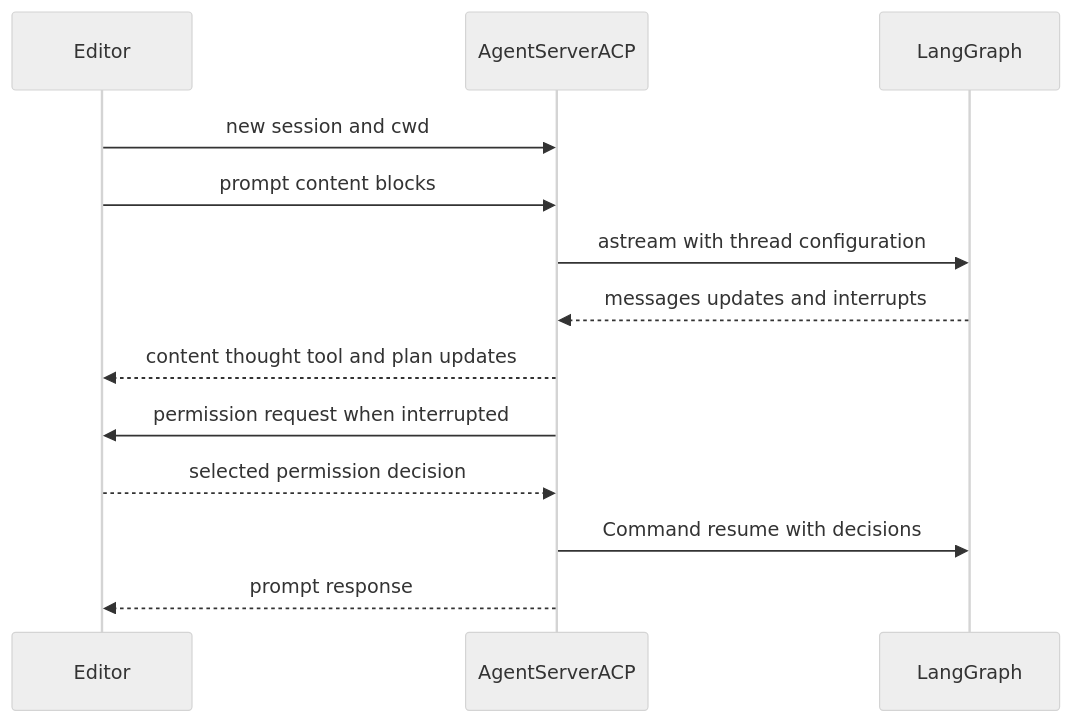
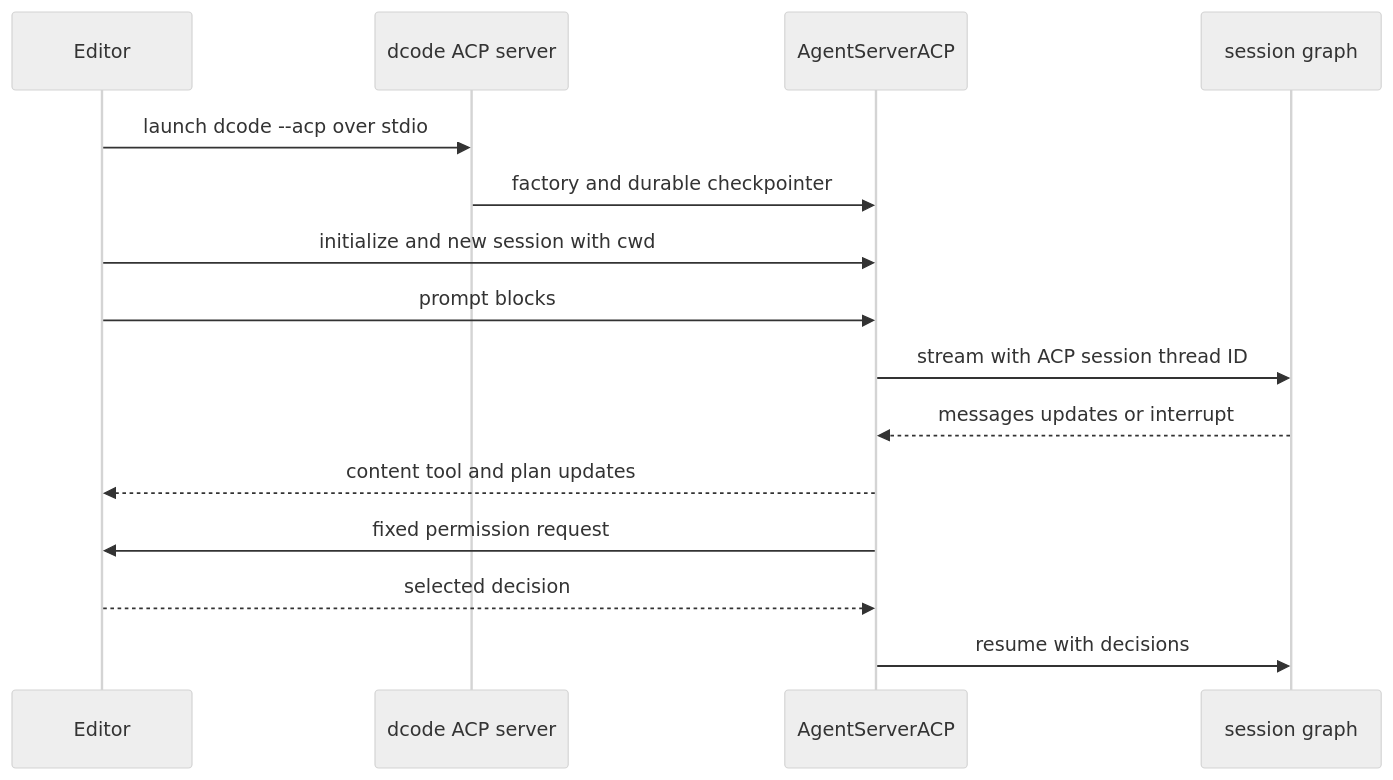
One commit to langchain-ai/deepagents changed the diagram in openwiki/integrations/acp.md. Above: the diagram before and after it, drawn with Mermaid (neutral theme). The commit also changed other lines of this file and 63 other files, not shown here.

````diff
--- a/openwiki/integrations/acp.md
+++ b/openwiki/integrations/acp.md
@@ -74,15 +74,17 @@
 ```mermaid
 sequenceDiagram
     participant Editor
+    participant Dcode as dcode ACP server
     participant Adapter as AgentServerACP
-    participant Graph as LangGraph
-    Editor->>Adapter: new session and cwd
-    Editor->>Adapter: prompt content blocks
-    Adapter->>Graph: astream with thread configuration
-    Graph-->>Adapter: messages updates and interrupts
-    Adapter-->>Editor: content thought tool and plan updates
-    Adapter->>Editor: permission request when interrupted
-    Editor-->>Adapter: selected permission decision
-    Adapter->>Graph: Command resume with decisions
-    Adapter-->>Editor: prompt response
+    participant Graph as session graph
+    Editor->>Dcode: launch dcode --acp over stdio
+    Dcode->>Adapter: factory and durable checkpointer
+    Editor->>Adapter: initialize and new session with cwd
+    Editor->>Adapter: prompt blocks
+    Adapter->>Graph: stream with ACP session thread ID
+    Graph-->>Adapter: messages updates or interrupt
+    Adapter-->>Editor: content tool and plan updates
+    Adapter->>Editor: fixed permission request
+    Editor-->>Adapter: selected decision
+    Adapter->>Graph: resume with decisions
 ```
````
